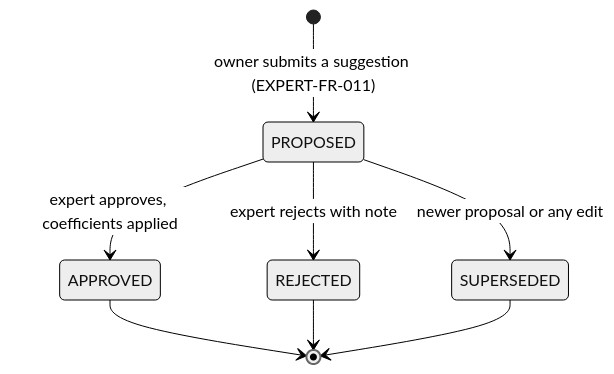
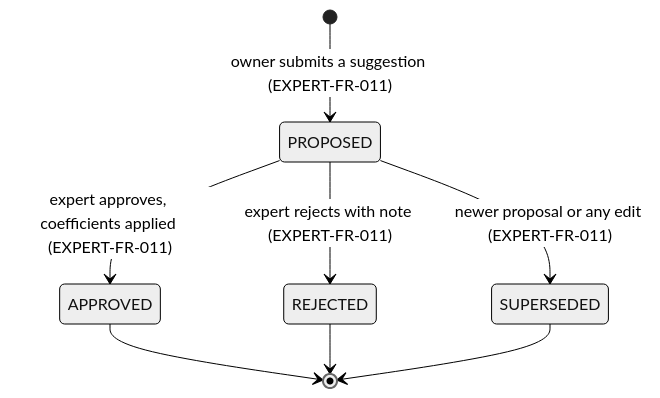
One commit to NBao261/SwiftletCare_KLTN changed diagram 14 of 40 in docs/reports/report4-sdd.md. Above: the diagram before and after it, drawn with Mermaid (neutral theme). The commit also changed other lines of this file and 5 other files, not shown here.

````diff
--- a/docs/reports/report4-sdd.md
+++ b/docs/reports/report4-sdd.md
@@ -1154,10 +1166,10 @@
 ```mermaid
 stateDiagram-v2
   [*] --> PROPOSED : owner submits a suggestion (EXPERT-FR-011)
-  PROPOSED --> APPROVED : expert approves, coefficients applied
-  PROPOSED --> REJECTED : expert rejects with note
-  PROPOSED --> SUPERSEDED : newer proposal or any edit
+  PROPOSED --> APPROVED : expert approves, coefficients applied (EXPERT-FR-011)
+  PROPOSED --> REJECTED : expert rejects with note (EXPERT-FR-011)
+  PROPOSED --> SUPERSEDED : newer proposal or any edit (EXPERT-FR-011)
   APPROVED --> [*]
   REJECTED --> [*]
   SUPERSEDED --> [*]
 ```
````
